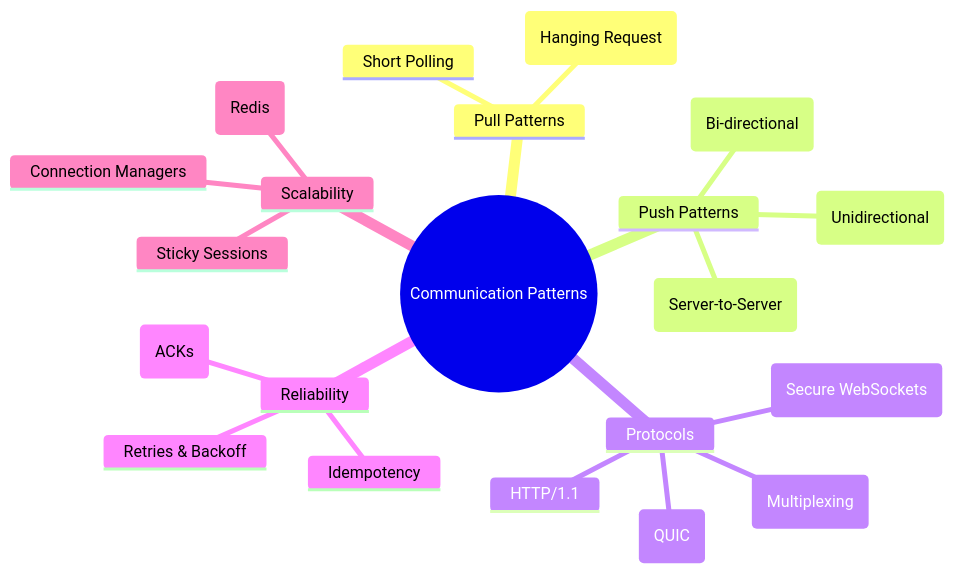
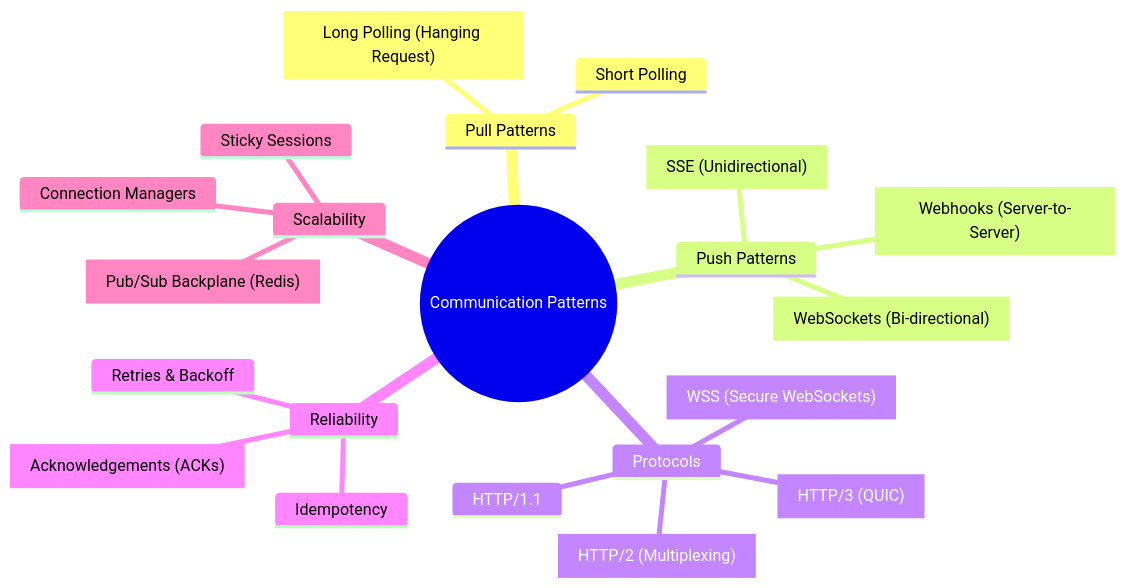
Before and after one commit to kumaratul60/System-Design: the diagram in Communication/README.md, drawn with Mermaid. The commit also changed other lines of this file and 9 other files, not shown here.

````diff
--- a/Communication/README.md
+++ b/Communication/README.md
@@ -9,24 +9,24 @@
 ```mermaid
 mindmap
   root((Communication Patterns))
     Pull Patterns
       Short Polling
-      Long Polling (Hanging Request)
+      ["Long Polling (Hanging Request)"]
     Push Patterns
-      Webhooks (Server-to-Server)
-      SSE (Unidirectional)
-      WebSockets (Bi-directional)
+      ["Webhooks (Server-to-Server)"]
+      ["SSE (Unidirectional)"]
+      ["WebSockets (Bi-directional)"]
     Protocols
       HTTP/1.1
-      HTTP/2 (Multiplexing)
-      HTTP/3 (QUIC)
-      WSS (Secure WebSockets)
+      ["HTTP/2 (Multiplexing)"]
+      ["HTTP/3 (QUIC)"]
+      ["WSS (Secure WebSockets)"]
     Reliability
       Retries & Backoff
       Idempotency
-      Acknowledgements (ACKs)
+      ["Acknowledgements (ACKs)"]
     Scalability
       Sticky Sessions
-      Pub/Sub Backplane (Redis)
+      ["Pub/Sub Backplane (Redis)"]
       Connection Managers
 ```
````
